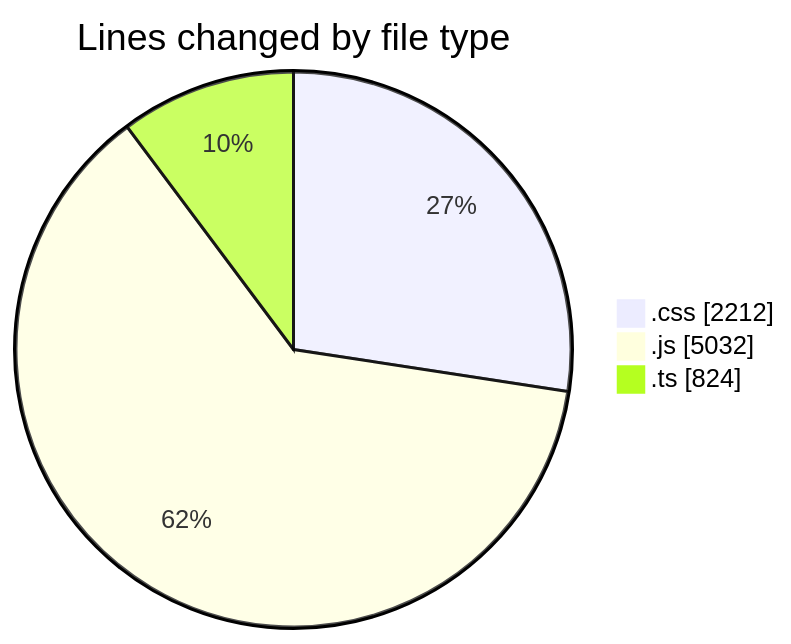
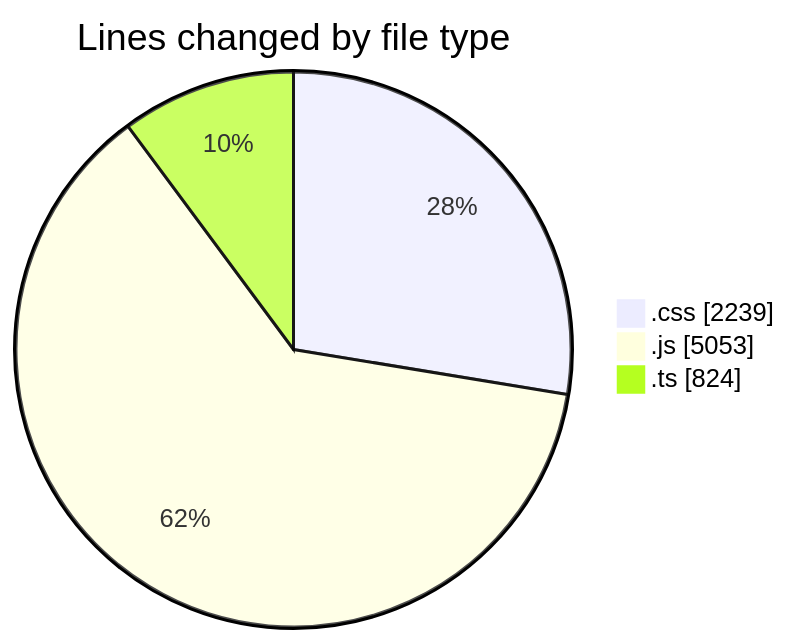
One commit to tmsrecording-cyber/code-tracking changed the first of 2 diagrams in 2026-04-24/darkwire/README.md. Above: the diagram before and after it, drawn with Mermaid. The commit also changed other lines of this file and 1 other file, not shown here.

````diff
--- a/2026-04-24/darkwire/README.md
+++ b/2026-04-24/darkwire/README.md
@@ -30,7 +30,7 @@
 ```mermaid
 pie showData
 title Lines changed by file type
-".css" : 2212
-".js" : 5032
+".css" : 2239
+".js" : 5053
 ".ts" : 824
 ```
````
